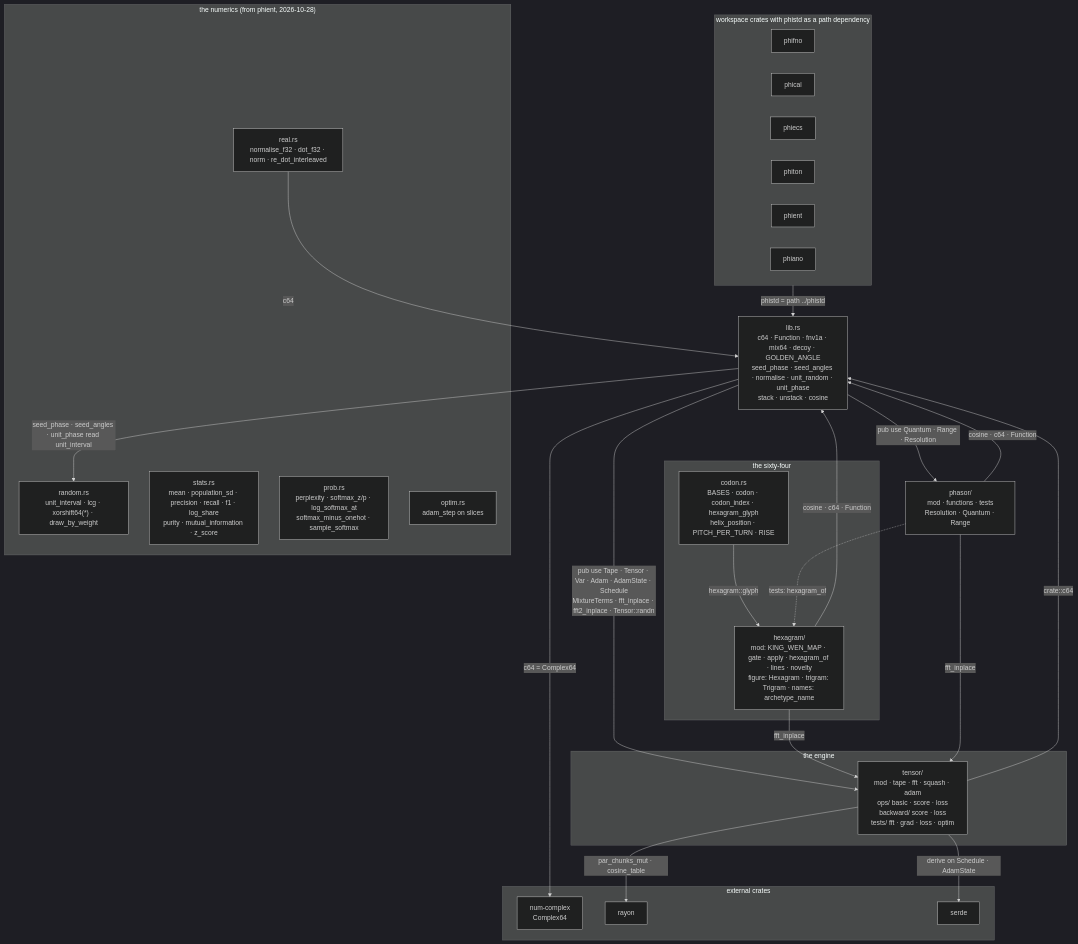
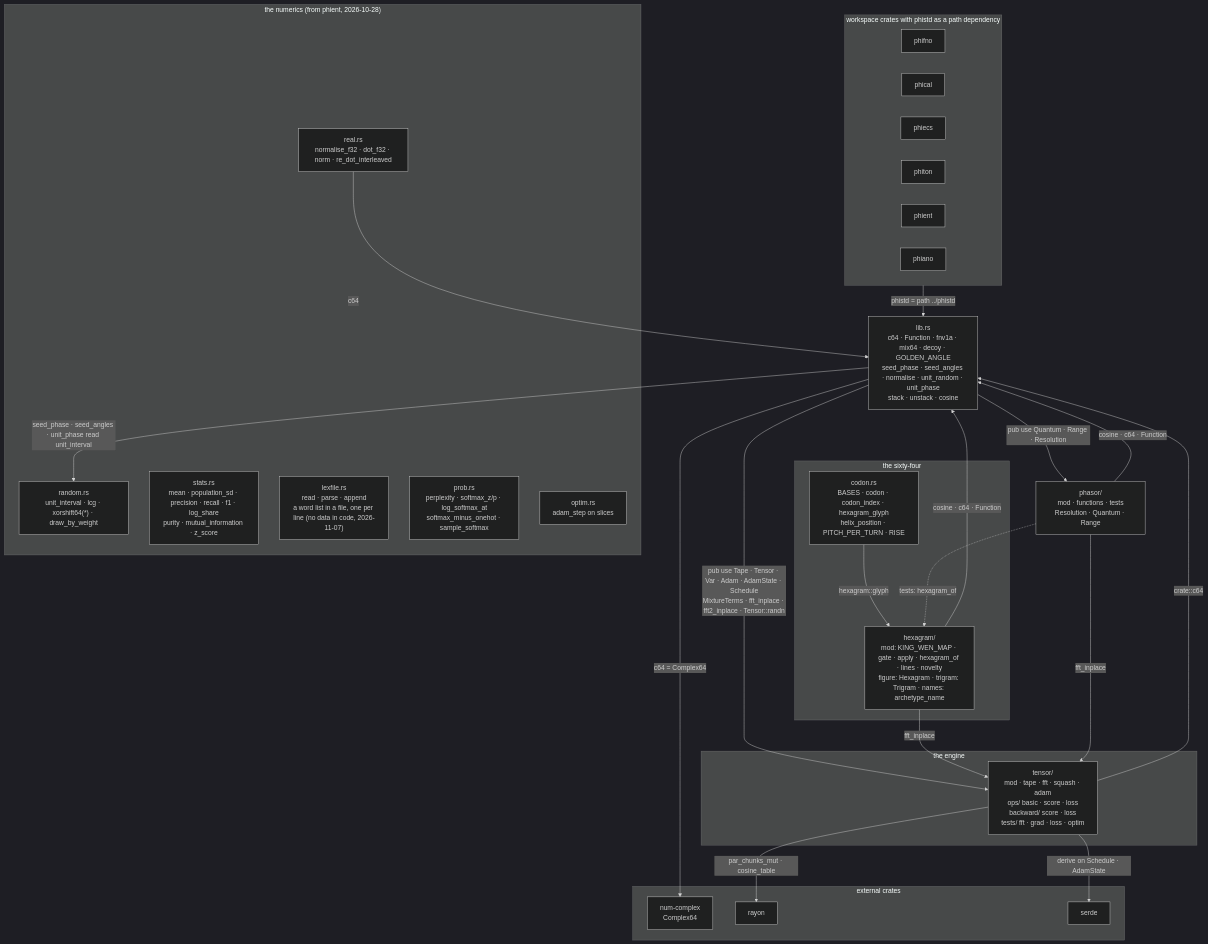
One commit to gemphi/phinet changed the first of 2 diagrams in crates/phistd/ARCHITECTURE.md. Above: the diagram before and after it, drawn with Mermaid (dark theme). The commit also changed other lines of this file and 20 other files, not shown here.

First line of the commit message:
No data in code: a file reader for every crate, and the first two moves

````diff
--- a/crates/phistd/ARCHITECTURE.md
+++ b/crates/phistd/ARCHITECTURE.md
@@ -5,48 +5,49 @@
 ```mermaid
 graph TD
     lib["lib.rs<br/>c64 · Function · fnv1a · mix64 · decoy · GOLDEN_ANGLE<br/>seed_phase · seed_angles · normalise · unit_random · unit_phase<br/>stack · unstack · cosine"]
     subgraph engine["the engine"]
         tensor["tensor/<br/>mod · tape · fft · squash · adam<br/>ops/ basic · score · loss<br/>backward/ score · loss<br/>tests/ fft · grad · loss · optim"]
     end
     subgraph sixtyfour["the sixty-four"]
         hexagram["hexagram/<br/>mod: KING_WEN_MAP · gate · apply · hexagram_of · lines · novelty<br/>figure: Hexagram · trigram: Trigram · names: archetype_name"]
         codon["codon.rs<br/>BASES · codon · codon_index · hexagram_glyph<br/>helix_position · PITCH_PER_TURN · RISE"]
     end
     phasor["phasor/<br/>mod · functions · tests<br/>Resolution · Quantum · Range"]
     subgraph numerics["the numerics (from phient, 2026-10-28)"]
         random["random.rs<br/>unit_interval · lcg · xorshift64(*) · draw_by_weight"]
         stats["stats.rs<br/>mean · population_sd · precision · recall · f1 · log_share<br/>purity · mutual_information · z_score"]
+        lexfile["lexfile.rs<br/>read · parse · append<br/>a word list in a file, one per line (no data in code, 2026-11-07)"]
         prob["prob.rs<br/>perplexity · softmax_z/p · log_softmax_at<br/>softmax_minus_onehot · sample_softmax"]
         real["real.rs<br/>normalise_f32 · dot_f32 · norm · re_dot_interleaved"]
         optim["optim.rs<br/>adam_step on slices"]
     end
     subgraph extern_["external crates"]
         numc["num-complex<br/>Complex64"]
         rayon["rayon"]
         serde["serde"]
     end
     subgraph users["workspace crates with phistd as a path dependency"]
         phifno["phifno"]
         phical["phical"]
         phiecs["phiecs"]
         phiton["phiton"]
         phient["phient"]
         phiano["phiano"]
     end
 
     lib -->|"pub use Tape · Tensor · Var · Adam · AdamState · Schedule<br/>MixtureTerms · fft_inplace · fft2_inplace · Tensor::randn"| tensor
     lib -->|"pub use Quantum · Range · Resolution"| phasor
     lib -->|"seed_phase · seed_angles · unit_phase read unit_interval"| random
     real -->|"c64"| lib
     tensor -->|"crate::c64"| lib
     hexagram -->|"fft_inplace"| tensor
     hexagram -->|"cosine · c64 · Function"| lib
     codon -->|"hexagram::glyph"| hexagram
     phasor -->|"fft_inplace"| tensor
     phasor -->|"cosine · c64 · Function"| lib
     phasor -.->|"tests: hexagram_of"| hexagram
     lib -->|"c64 = Complex64"| numc
     tensor -->|"par_chunks_mut · cosine_table"| rayon
     tensor -->|"derive on Schedule · AdamState"| serde
     users -->|"phistd = path ../phistd"| lib
 ```
````
